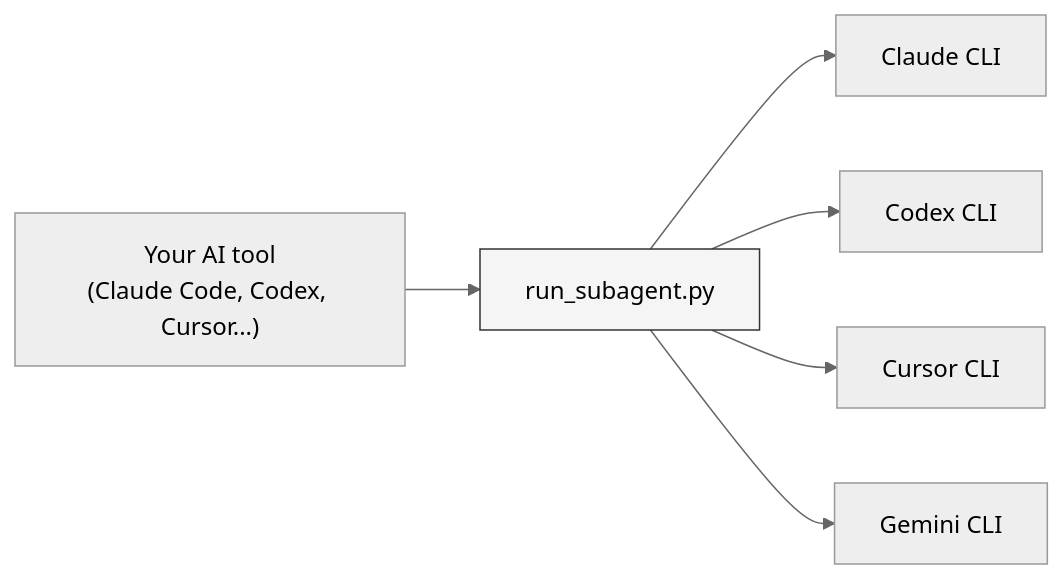
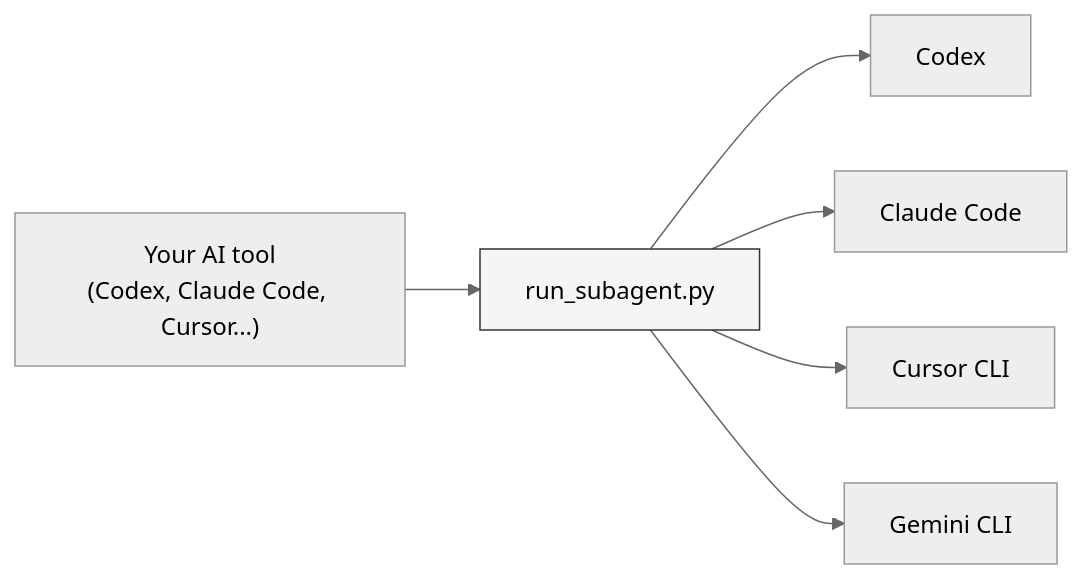
Before and after one commit to shinpr/sub-agents-skills: the diagram in README.md, drawn with Mermaid (neutral theme). The commit also changed other lines of this file, not shown here.

````diff
--- a/README.md
+++ b/README.md
@@ -9,9 +9,9 @@
 ```mermaid
 graph LR
-    A["Your AI tool<br/>(Claude Code, Codex, Cursor...)"] --> B["run_subagent.py"]
-    B --> C["Claude CLI"]
-    B --> D["Codex CLI"]
+    A["Your AI tool<br/>(Codex, Claude Code, Cursor...)"] --> B["run_subagent.py"]
+    B --> C["Codex"]
+    B --> D["Claude Code"]
     B --> E["Cursor CLI"]
     B --> F["Gemini CLI"]
     style B fill:#f5f5f5,stroke:#333
 ```
````
